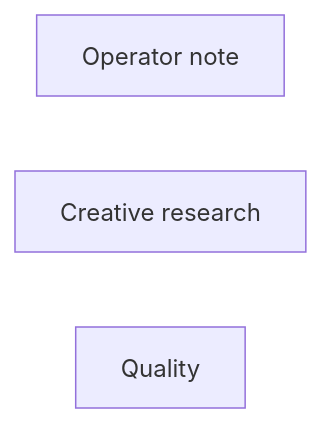
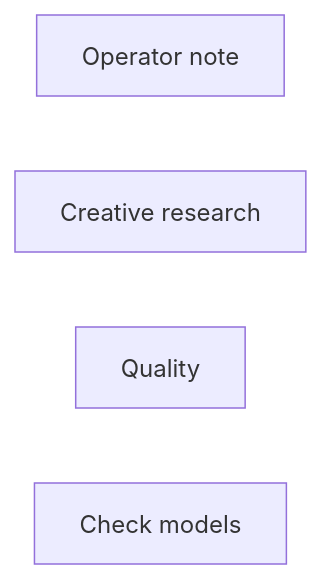
Before and after one commit to toxicoder/ez-comfy-stack: the diagram in docs/generated/workflows/inspire/research-chat.md, drawn with Mermaid. The commit also changed other lines of this file and 1106 other files, not shown here.

First line of the commit message:
feat: add Check models node to every lab App

````diff
--- a/docs/generated/workflows/inspire/research-chat.md
+++ b/docs/generated/workflows/inspire/research-chat.md
@@ -63,6 +63,7 @@
 ```mermaid
 flowchart LR
   N1["Operator note"]
   N2["Creative research"]
   N3["Quality"]
+  N4["Check models"]
 ```
````
